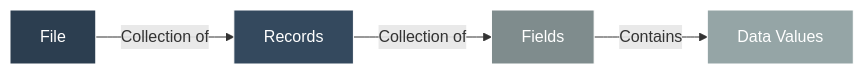
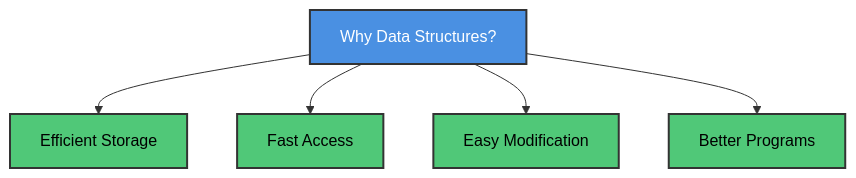
The first of 14 diagrams in Chapter 1 - Introduction and Overview/README.md (M-F-Tushar/CSE-2101-Data-Structure), drawn with Mermaid before and after one commit. The commit also changed other lines of this file, not shown here.

````diff
--- a/Chapter 1 - Introduction and Overview/README.md
+++ b/Chapter 1 - Introduction and Overview/README.md
@@ -74,11 +36,13 @@
 ```mermaid
-graph LR
-    A[File] -->|Collection of| B[Records]
-    B -->|Collection of| C[Fields]
-    C -->|Contains| D[Data Values]
+graph TD
+    A["Why Data Structures?"] --> B["Efficient Storage"]
+    A --> C["Fast Access"]
+    A --> D["Easy Modification"]
+    A --> E["Better Programs"]
     
-    style A fill:#2c3e50,stroke:#fff,color:#fff
-    style B fill:#34495e,stroke:#fff,color:#fff
-    style C fill:#7f8c8d,stroke:#fff,color:#fff
-    style D fill:#95a5a6,stroke:#fff,color:#fff
+    style A fill:#4A90E2,stroke:#333,stroke-width:2px,color:#fff
+    style B fill:#50C878,stroke:#333,stroke-width:2px,color:#000
+    style C fill:#50C878,stroke:#333,stroke-width:2px,color:#000
+    style D fill:#50C878,stroke:#333,stroke-width:2px,color:#000
+    style E fill:#50C878,stroke:#333,stroke-width:2px,color:#000
 ```
````
